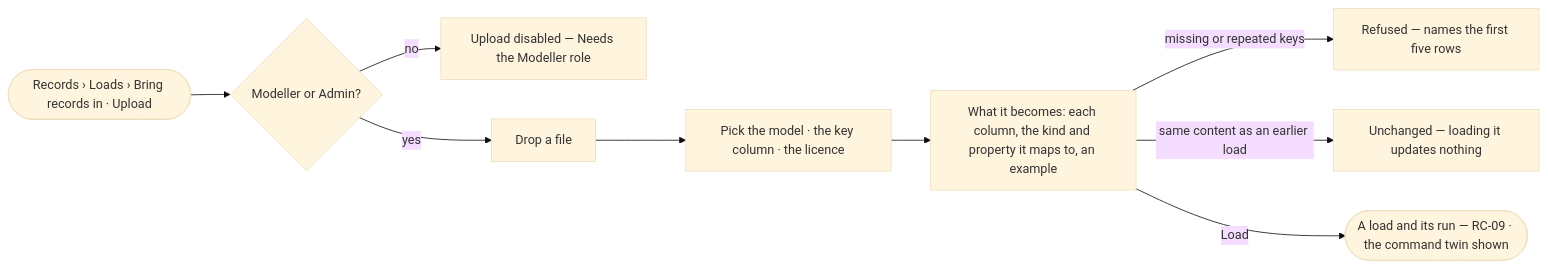
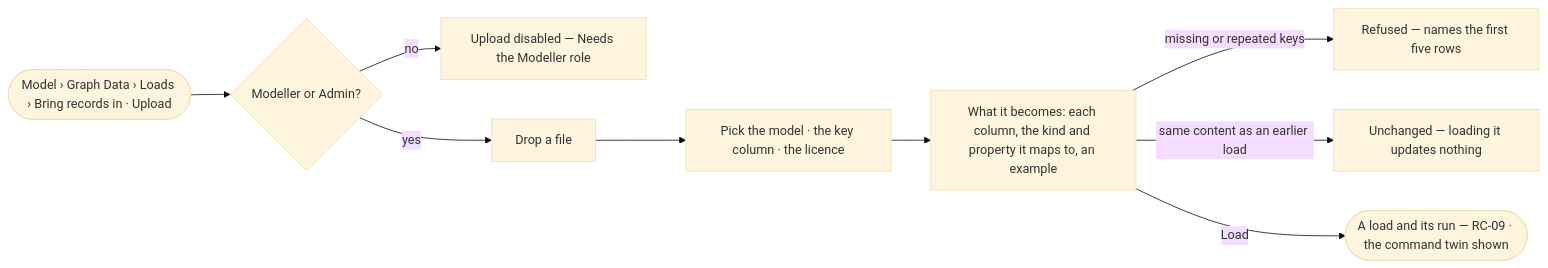
The diagram in specs/capabilities/records/features/RC-F02-bring-records-in/stories/RC-08-upload-a-file-into-a-model/story.md (invana/invana), drawn with Mermaid (base theme) before and after one commit. The commit also changed other lines of this file and 133 other files, not shown here.

````diff
--- a/specs/capabilities/records/features/RC-F02-bring-records-in/stories/RC-08-upload-a-file-into-a-model/story.md
+++ b/specs/capabilities/records/features/RC-F02-bring-records-in/stories/RC-08-upload-a-file-into-a-model/story.md
@@ -28,11 +28,11 @@
 ```mermaid
 flowchart LR
-  a([Records › Loads › Bring records in · Upload]) --> g{Modeller or Admin?}
+  a([Model › Graph Data › Loads › Bring records in · Upload]) --> g{Modeller or Admin?}
   g -->|no| na["Upload disabled — Needs the Modeller role"]
   g -->|yes| f["Drop a file"]
   f --> m["Pick the model · the key column · the licence"]
   m --> p["What it becomes: each column, the kind and property it maps to, an example"]
   p -->|missing or repeated keys| x["Refused — names the first five rows"]
   p -->|same content as an earlier load| u["Unchanged — loading it updates nothing"]
   p -->|Load| run(["A load and its run — RC-09 · the command twin shown"])
 ```
````
